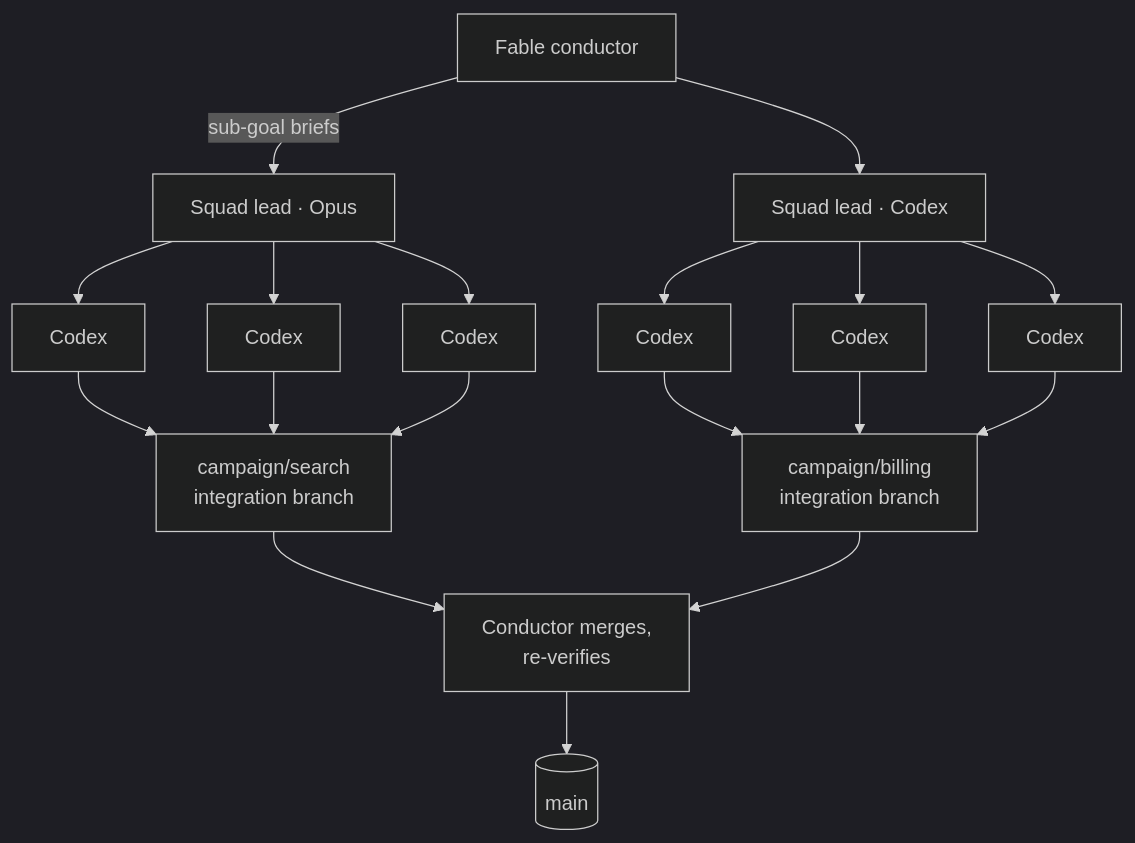
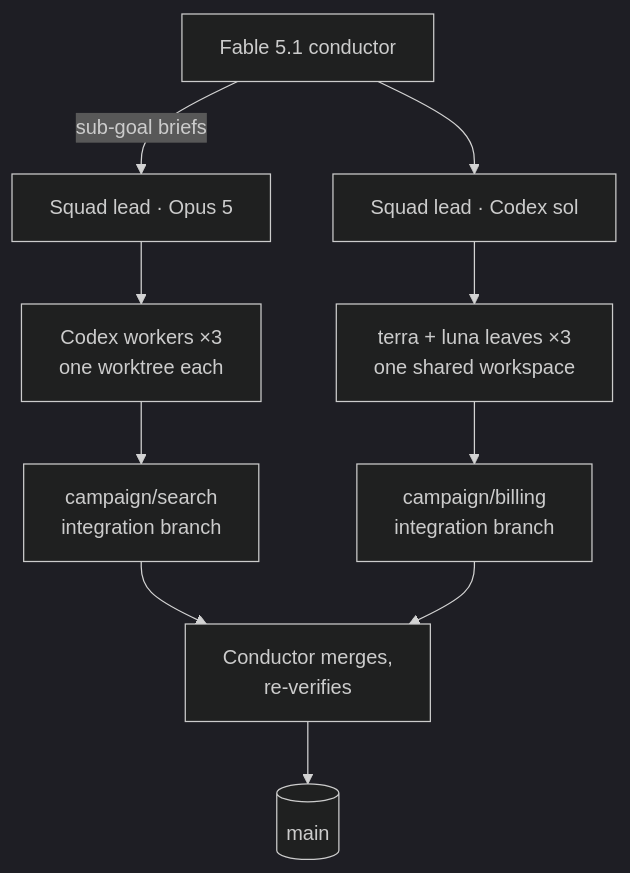
One commit to jvogan/a-fable-of-codexes changed the diagram in README.md. Above: the diagram before and after it, drawn with Mermaid (dark theme). The commit also changed other lines of this file and 10 other files, not shown here.

First line of the commit message:
Update to the current model lineup: Fable 5.1 conductor, Codex sol lead with terra/luna roles

````diff
--- a/README.md
+++ b/README.md
@@ -85,12 +97,12 @@
 ```mermaid
 flowchart TD
-    C[Fable conductor] -->|sub-goal briefs| S1[Squad lead · Opus]
-    C --> S2[Squad lead · Codex]
-    S1 --> A1[Codex] & A2[Codex] & A3[Codex]
-    S2 --> B1[Codex] & B2[Codex] & B3[Codex]
-    A1 & A2 & A3 --> I1[campaign/search<br>integration branch]
-    B1 & B2 & B3 --> I2[campaign/billing<br>integration branch]
+    C[Fable 5.1 conductor] -->|sub-goal briefs| S1[Squad lead · Opus 5]
+    C --> S2[Squad lead · Codex sol]
+    S1 --> A["Codex workers ×3<br>one worktree each"]
+    S2 --> B["terra + luna leaves ×3<br>one shared workspace"]
+    A --> I1[campaign/search<br>integration branch]
+    B --> I2[campaign/billing<br>integration branch]
     I1 --> V[Conductor merges,<br>re-verifies]
     I2 --> V
     V --> M[(main)]
 ```
````
